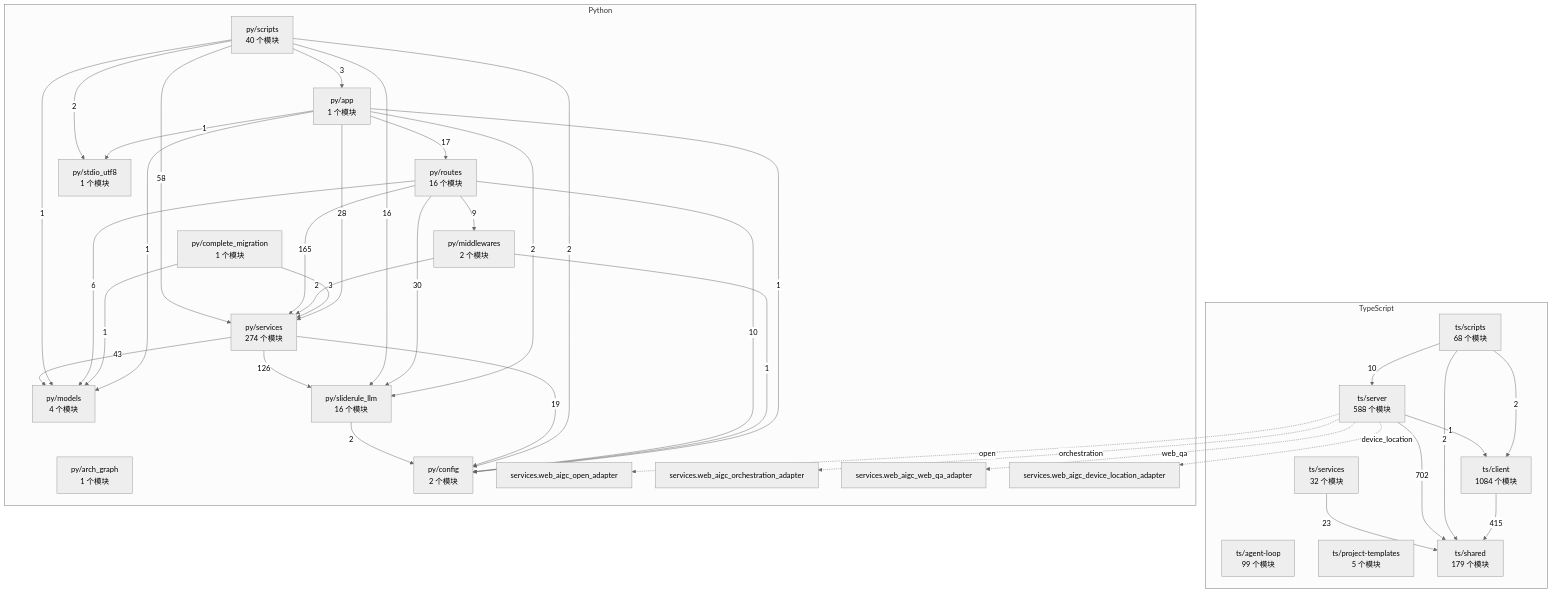
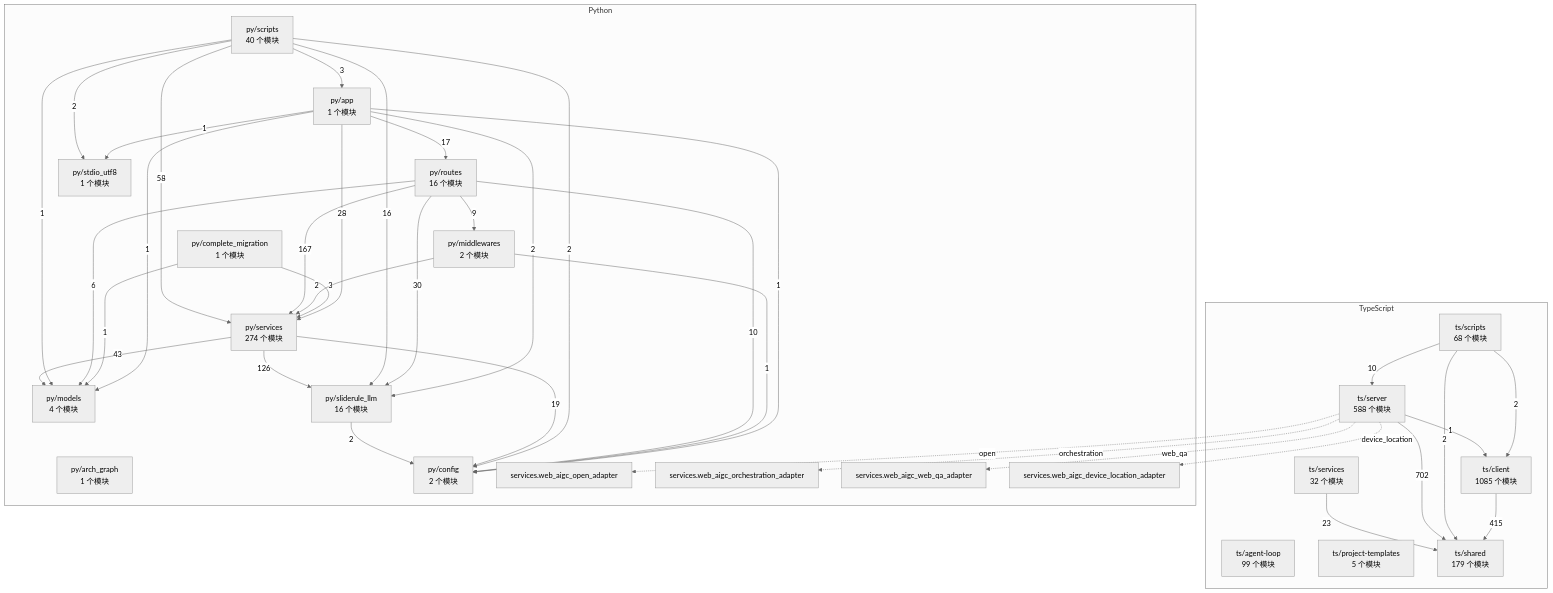
Before and after one commit to 2686521696/WhyBuddy: the diagram in docs/WhyBuddy 全仓架构图（自动生成）.md, drawn with Mermaid (neutral theme). The commit also changed 14 other files, not shown here.

````diff
--- a/docs/WhyBuddy 全仓架构图（自动生成）.md
+++ b/docs/WhyBuddy 全仓架构图（自动生成）.md
@@ -14,65 +14,65 @@
 ```mermaid
 flowchart TB
   subgraph ts [TypeScript]
     ts_agent_loop["ts/agent-loop<br/>99 个模块"]
-    ts_client["ts/client<br/>1084 个模块"]
+    ts_client["ts/client<br/>1085 个模块"]
     ts_project_templates["ts/project-templates<br/>5 个模块"]
     ts_scripts["ts/scripts<br/>68 个模块"]
     ts_server["ts/server<br/>588 个模块"]
     ts_services["ts/services<br/>32 个模块"]
     ts_shared["ts/shared<br/>179 个模块"]
   end
   subgraph py [Python]
     py_app["py/app<br/>1 个模块"]
     py_arch_graph["py/arch_graph<br/>1 个模块"]
     py_complete_migration["py/complete_migration<br/>1 个模块"]
     py_config["py/config<br/>2 个模块"]
     py_middlewares["py/middlewares<br/>2 个模块"]
     py_models["py/models<br/>4 个模块"]
     py_routes["py/routes<br/>16 个模块"]
     py_scripts["py/scripts<br/>40 个模块"]
     py_services["py/services<br/>274 个模块"]
     py_sliderule_llm["py/sliderule_llm<br/>16 个模块"]
     py_stdio_utf8["py/stdio_utf8<br/>1 个模块"]
     py_services_web_aigc_open_adapter["services.web_aigc_open_adapter"]
     py_services_web_aigc_orchestration_adapter["services.web_aigc_orchestration_adapter"]
     py_services_web_aigc_web_qa_adapter["services.web_aigc_web_qa_adapter"]
     py_services_web_aigc_device_location_adapter["services.web_aigc_device_location_adapter"]
   end
   ts_client -->|415| ts_shared
   ts_scripts -->|2| ts_client
   ts_scripts -->|10| ts_server
   ts_scripts -->|2| ts_shared
   ts_server -->|1| ts_client
   ts_server -->|702| ts_shared
   ts_services -->|23| ts_shared
   py_app -->|1| py_config
   py_app -->|1| py_models
   py_app -->|17| py_routes
   py_app -->|28| py_services
   py_app -->|2| py_sliderule_llm
   py_app -->|1| py_stdio_utf8
   py_complete_migration -->|1| py_models
   py_complete_migration -->|3| py_services
   py_middlewares -->|1| py_config
   py_middlewares -->|2| py_services
   py_routes -->|10| py_config
   py_routes -->|9| py_middlewares
   py_routes -->|6| py_models
-  py_routes -->|165| py_services
+  py_routes -->|167| py_services
   py_routes -->|30| py_sliderule_llm
   py_scripts -->|3| py_app
   py_scripts -->|2| py_config
   py_scripts -->|1| py_models
   py_scripts -->|58| py_services
   py_scripts -->|16| py_sliderule_llm
   py_scripts -->|2| py_stdio_utf8
   py_services -->|19| py_config
   py_services -->|43| py_models
   py_services -->|126| py_sliderule_llm
   py_sliderule_llm -->|2| py_config
   ts_server -.->|open| py_services_web_aigc_open_adapter
   ts_server -.->|orchestration| py_services_web_aigc_orchestration_adapter
   ts_server -.->|web_qa| py_services_web_aigc_web_qa_adapter
   ts_server -.->|device_location| py_services_web_aigc_device_location_adapter
 ```
````
